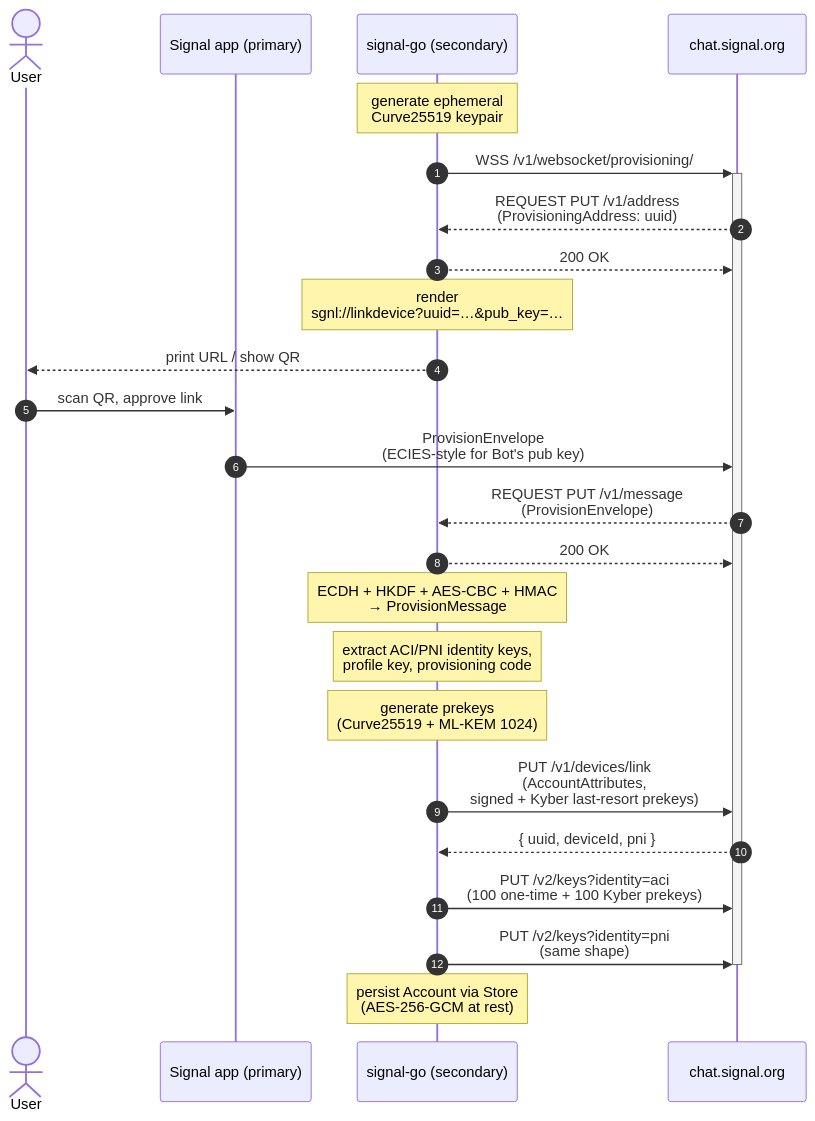
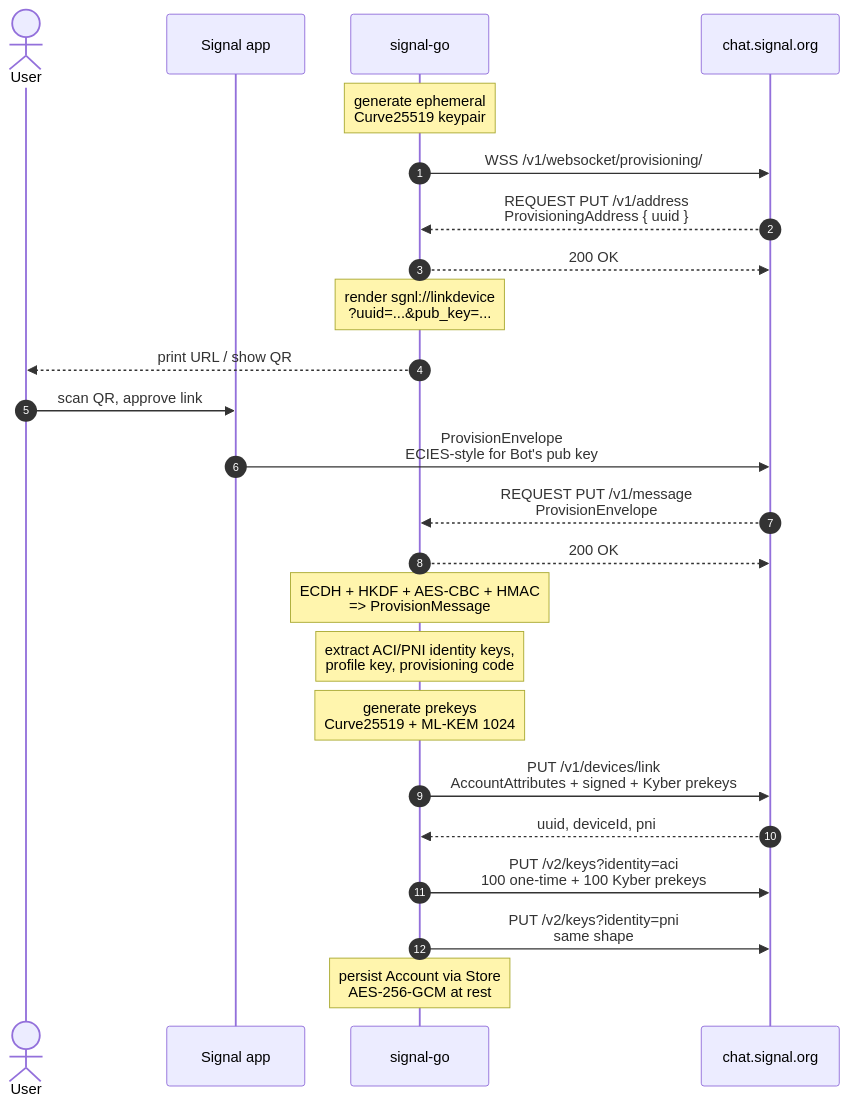
One commit to thehappydinoa/signal-go changed the diagram in docs/diagrams/qr-link.md. Above: the diagram before and after it, drawn with Mermaid. The commit also changed other lines of this file and 5 other files, not shown here.

First line of the commit message:
docs: rewrite Mermaid diagrams with conservative, GitHub-safe syntax

````diff
--- a/docs/diagrams/qr-link.md
+++ b/docs/diagrams/qr-link.md
@@ -7,28 +7,27 @@
 ```mermaid
 sequenceDiagram
     autonumber
     actor User
-    participant Phone as Signal app (primary)
-    participant Bot as signal-go (secondary)
+    participant Phone as Signal app
+    participant Bot as signal-go
     participant Server as chat.signal.org
 
     Note over Bot: generate ephemeral<br/>Curve25519 keypair
-    Bot->>+Server: WSS /v1/websocket/provisioning/
-    Server-->>Bot: REQUEST PUT /v1/address<br/>(ProvisioningAddress: uuid)
+    Bot->>Server: WSS /v1/websocket/provisioning/
+    Server-->>Bot: REQUEST PUT /v1/address<br/>ProvisioningAddress { uuid }
     Bot-->>Server: 200 OK
-    Note over Bot: render<br/>sgnl://linkdevice?uuid=…&pub_key=…
+    Note over Bot: render sgnl://linkdevice<br/>?uuid=...&pub_key=...
     Bot-->>User: print URL / show QR
     User->>Phone: scan QR, approve link
-    Phone->>Server: ProvisionEnvelope<br/>(ECIES-style for Bot's pub key)
-    Server-->>Bot: REQUEST PUT /v1/message<br/>(ProvisionEnvelope)
+    Phone->>Server: ProvisionEnvelope<br/>ECIES-style for Bot's pub key
+    Server-->>Bot: REQUEST PUT /v1/message<br/>ProvisionEnvelope
     Bot-->>Server: 200 OK
-    Note over Bot: ECDH + HKDF + AES-CBC + HMAC<br/>→ ProvisionMessage
+    Note over Bot: ECDH + HKDF + AES-CBC + HMAC<br/>=> ProvisionMessage
     Note over Bot: extract ACI/PNI identity keys,<br/>profile key, provisioning code
-    Note over Bot: generate prekeys<br/>(Curve25519 + ML-KEM 1024)
-    Bot->>Server: PUT /v1/devices/link<br/>(AccountAttributes,<br/>signed + Kyber last-resort prekeys)
-    Server-->>Bot: { uuid, deviceId, pni }
-    Bot->>Server: PUT /v2/keys?identity=aci<br/>(100 one-time + 100 Kyber prekeys)
-    Bot->>Server: PUT /v2/keys?identity=pni<br/>(same shape)
-    deactivate Server
-    Note over Bot: persist Account via Store<br/>(AES-256-GCM at rest)
+    Note over Bot: generate prekeys<br/>Curve25519 + ML-KEM 1024
+    Bot->>Server: PUT /v1/devices/link<br/>AccountAttributes + signed + Kyber prekeys
+    Server-->>Bot: uuid, deviceId, pni
+    Bot->>Server: PUT /v2/keys?identity=aci<br/>100 one-time + 100 Kyber prekeys
+    Bot->>Server: PUT /v2/keys?identity=pni<br/>same shape
+    Note over Bot: persist Account via Store<br/>AES-256-GCM at rest
 ```
````
